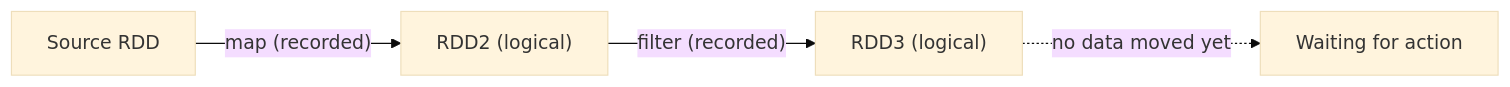
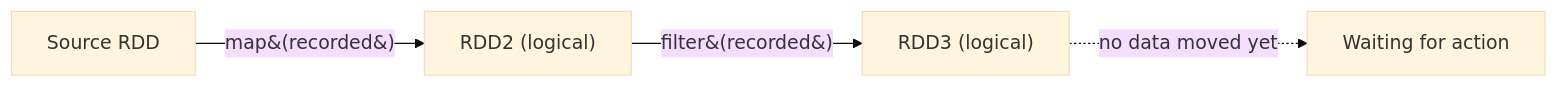
One commit to hsoni92/ml-workbook changed the first of 2 diagrams in bits-pilani/trimester-3/notes/big-data-platforms-and-analytics/week-06/02-understanding-lazy-evaluation-why-wait-transcript.md. Above: the diagram before and after it, drawn with Mermaid (base theme). The commit also changed 59 other files, not shown here.

````diff
--- a/bits-pilani/trimester-3/notes/big-data-platforms-and-analytics/week-06/02-understanding-lazy-evaluation-why-wait-transcript.md
+++ b/bits-pilani/trimester-3/notes/big-data-platforms-and-analytics/week-06/02-understanding-lazy-evaluation-why-wait-transcript.md
@@ -24,6 +24,6 @@
 ```mermaid
 flowchart LR
-    SRC["Source RDD"] -->|"map (recorded)"| R2["RDD2 (logical)"]
-    R2 -->|"filter (recorded)"| R3["RDD3 (logical)"]
-    R3 -.->|"no data moved yet"| X["Waiting for action"]
+    SRC["Source RDD"] -->|map&#40;recorded&#41;| R2["RDD2 (logical)"]
+    R2 -->|filter&#40;recorded&#41;| R3["RDD3 (logical)"]
+    R3 -.->|no data moved yet| X["Waiting for action"]
 ```
````
